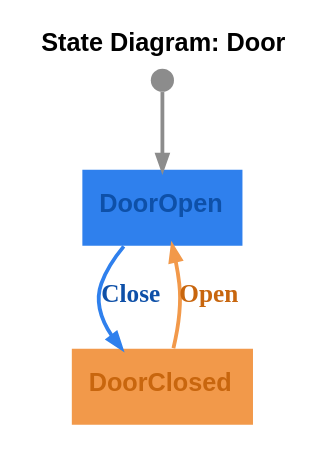
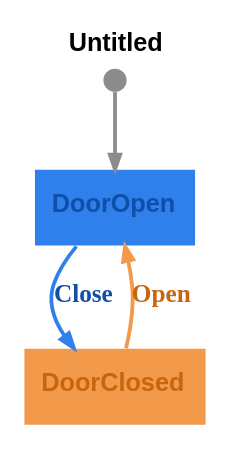
One commit to m-bock/purescript-transit changed the diagram in graphs/door.dot. Above: the diagram before and after it, drawn with Graphviz. The commit also changed 11 other files, not shown here.

```diff
--- a/graphs/door.dot
+++ b/graphs/door.dot
@@ -1,10 +1,10 @@
 digraph 
 {
-rankdir = "TD";fontname = "Arial";label = <<b>State Diagram: Door</b>>;labelloc = "t";fontsize = 12
+rankdir = "TD";fontname = "Arial";label = <<b>Untitled</b>>;labelloc = "t";fontsize = 12
 DoorOpen [shape = "box", label = <<b>DoorOpen</b>>, fontsize = 12, style = "filled", fillcolor = "#2f80ed", fontcolor = "#0e50a8", fontname = "Arial", labelloc = "c", penwidth = 0.0]
 __Start__ [shape = "circle", label = "", width = 0.15, height = 0.15, fixedsize = true, style = "filled", fillcolor = "#8c8c8c", penwidth = 0.0]
 __Start__ -> DoorOpen [color = "#8c8c8c", fontsize = 12, arrowsize = "0.7", penwidth = 1.8]
 DoorOpen -> DoorClosed [color = "#2f80ed", fontcolor = "#0e50a8", fontsize = 12, arrowsize = "0.7", label = <<b>Close</b>>, penwidth = 1.8]
 DoorClosed [shape = "box", label = <<b>DoorClosed</b>>, fontsize = 12, style = "filled", fillcolor = "#f2994a", fontcolor = "#c8660e", fontname = "Arial", labelloc = "c", penwidth = 0.0]
 DoorClosed -> DoorOpen [color = "#f2994a", fontcolor = "#c8660e", fontsize = 12, arrowsize = "0.7", label = <<b>Open</b>>, penwidth = 1.8]
 }
```
